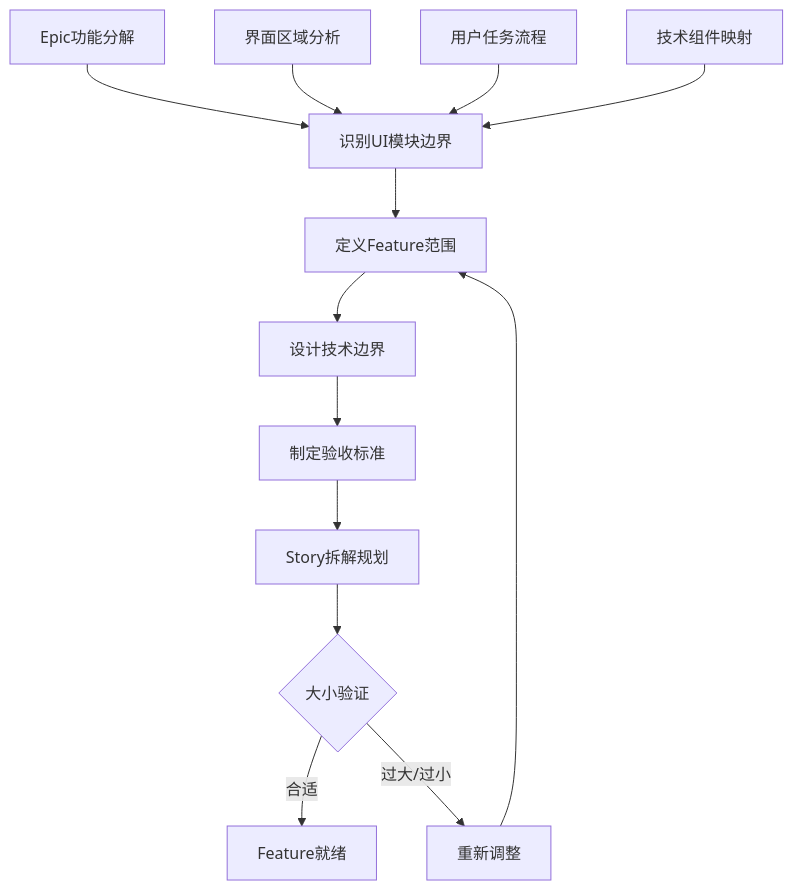
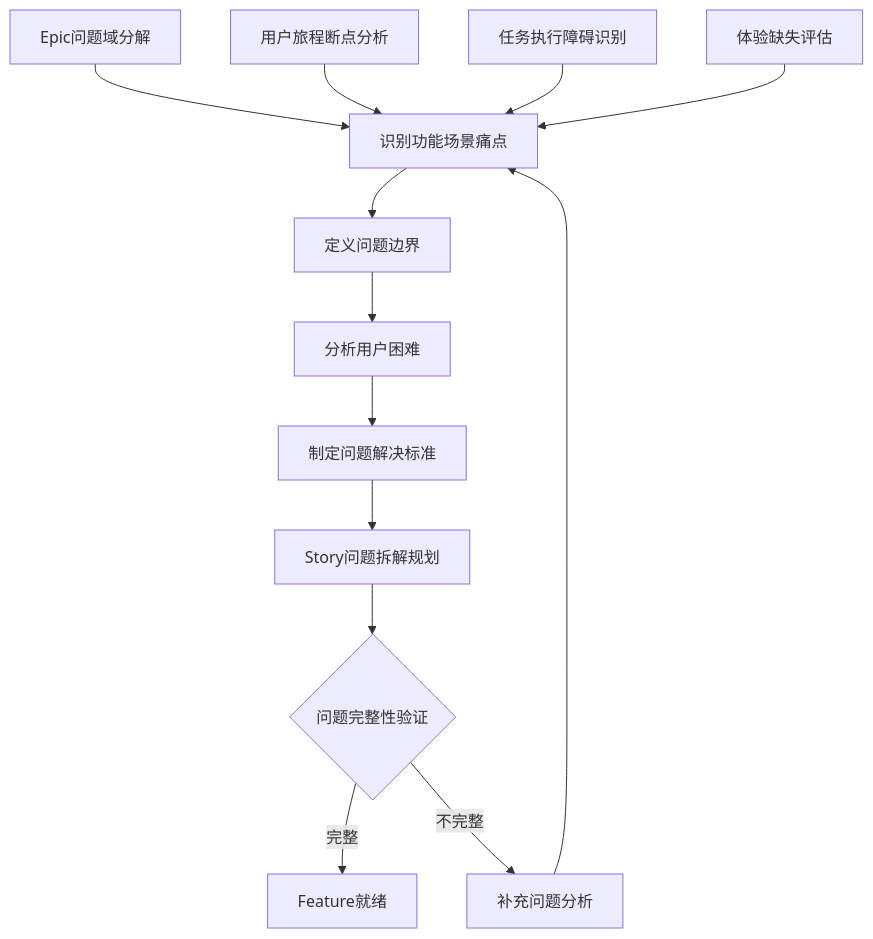
Before and after one commit to yuyuan-cs/PromptX: the first of 3 diagrams in domain/scrum/execution/feature-best-practice.execution.md, drawn with Mermaid. The commit also changed other lines of this file and 8 other files, not shown here.

````diff
--- a/domain/scrum/execution/feature-best-practice.execution.md
+++ b/domain/scrum/execution/feature-best-practice.execution.md
@@ -5,16 +55,16 @@
     ```mermaid
     flowchart TD
-      A[Epic功能分解] --> B[识别UI模块边界]
-      B --> C[定义Feature范围]
-      C --> D[设计技术边界]
-      D --> E[制定验收标准]
-      E --> F[Story拆解规划]
-      F --> G{大小验证}
-      G -->|合适| H[Feature就绪]
-      G -->|过大/过小| I[重新调整]
-      I --> C
+      A[Epic问题域分解] --> B[识别功能场景痛点]
+      B --> C[定义问题边界]
+      C --> D[分析用户困难]
+      D --> E[制定问题解决标准]
+      E --> F[Story问题拆解规划]
+      F --> G{问题完整性验证}
+      G -->|完整| H[Feature就绪]
+      G -->|不完整| I[补充问题分析]
+      I --> B
       
-      B1[界面区域分析] --> B
-      B2[用户任务流程] --> B
-      B3[技术组件映射] --> B
+      B1[用户旅程断点分析] --> B
+      B2[任务执行障碍识别] --> B
+      B3[体验缺失评估] --> B
     ```
````
